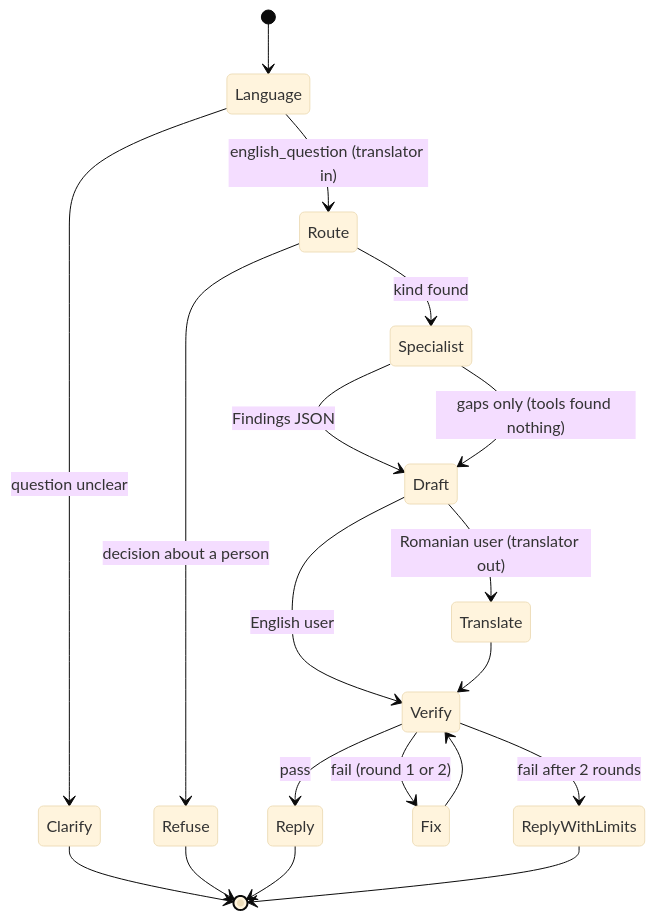
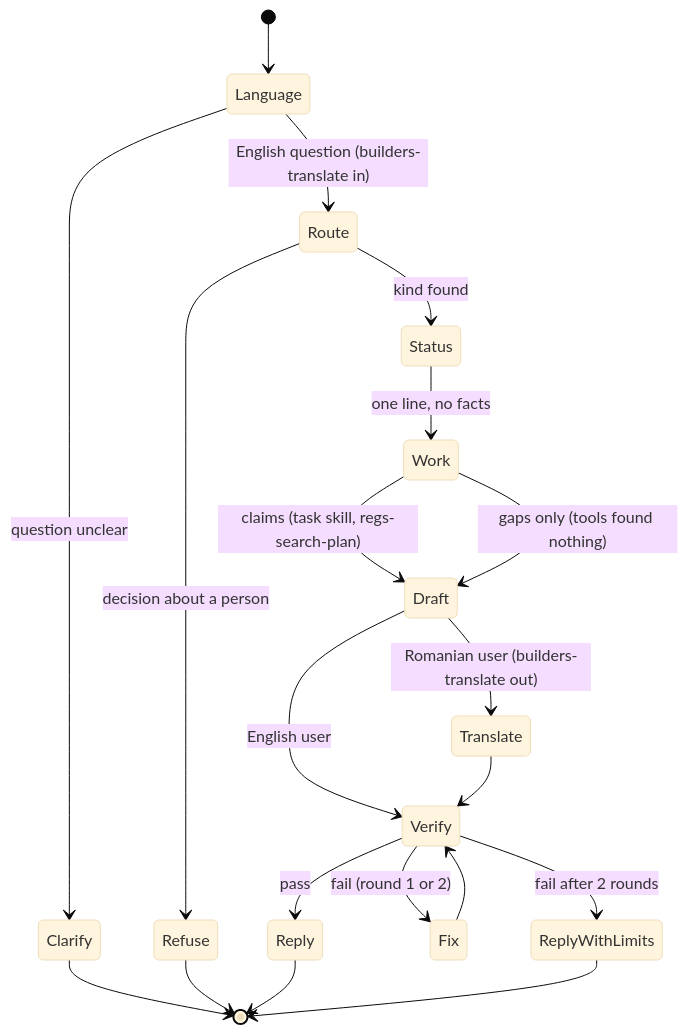
One commit to florinmarcus/builders_lab changed the second of 5 diagrams in architecture/design/agents.md. Above: the diagram before and after it, drawn with Mermaid (base theme). The commit also changed other lines of this file and 23 other files, not shown here.

````diff
--- a/architecture/design/agents.md
+++ b/architecture/design/agents.md
@@ -51,21 +54,22 @@
 ```mermaid
 stateDiagram-v2
     [*] --> Language
     Language --> Clarify: question unclear
-    Language --> Route: english_question (translator in)
+    Language --> Route: English question (builders-translate in)
     Clarify --> [*]
     Route --> Refuse: decision about a person
-    Route --> Specialist: kind found
-    Specialist --> Draft: Findings JSON
-    Specialist --> Draft: gaps only (tools found nothing)
-    Draft --> Translate: Romanian user (translator out)
+    Route --> Status: kind found
+    Status --> Work: one line, no facts
+    Work --> Draft: claims (task skill, regs-search-plan)
+    Work --> Draft: gaps only (tools found nothing)
+    Draft --> Translate: Romanian user (builders-translate out)
     Draft --> Verify: English user
     Translate --> Verify
     Verify --> Reply: pass
     Verify --> Fix: fail (round 1 or 2)
     Fix --> Verify
     Verify --> ReplyWithLimits: fail after 2 rounds
     Refuse --> [*]
     Reply --> [*]
     ReplyWithLimits --> [*]
 ```
````
